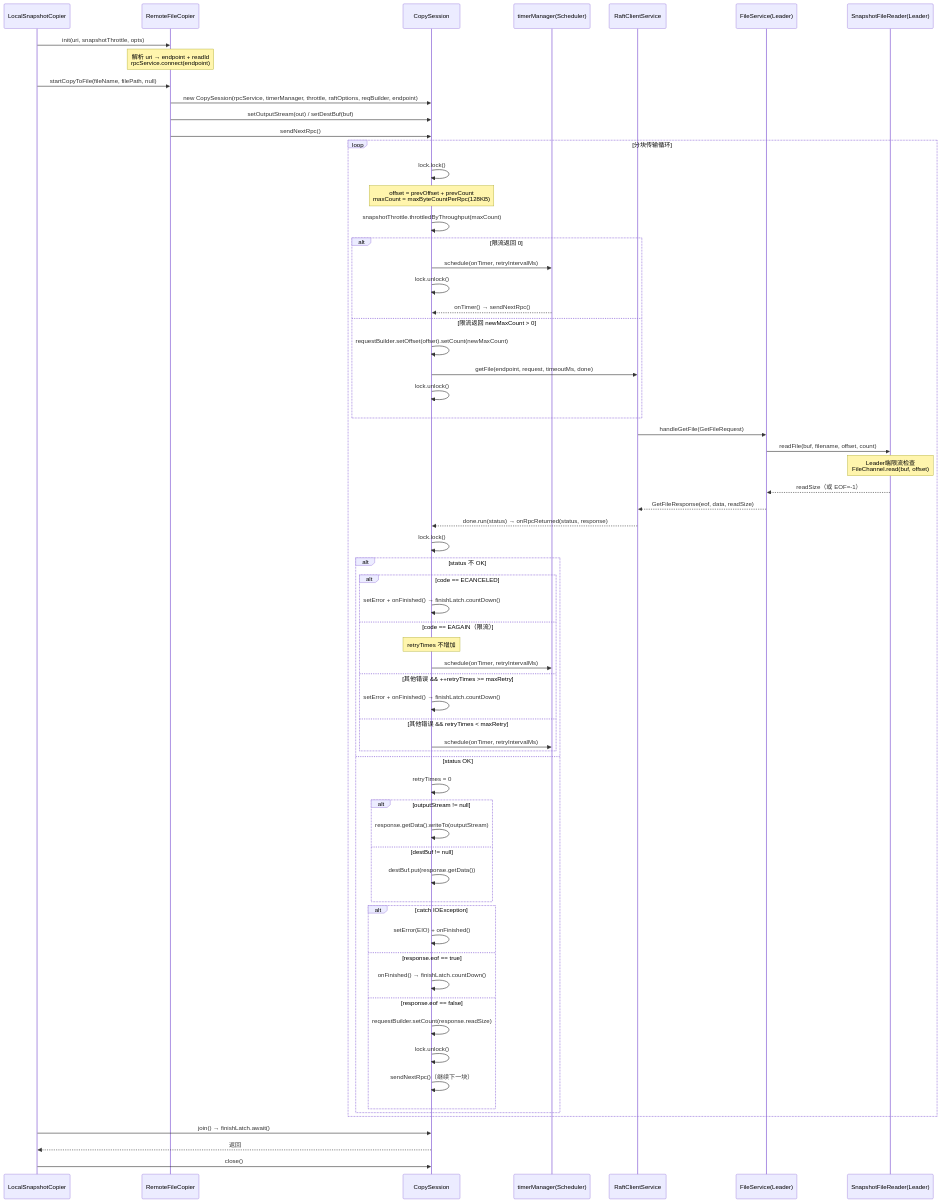
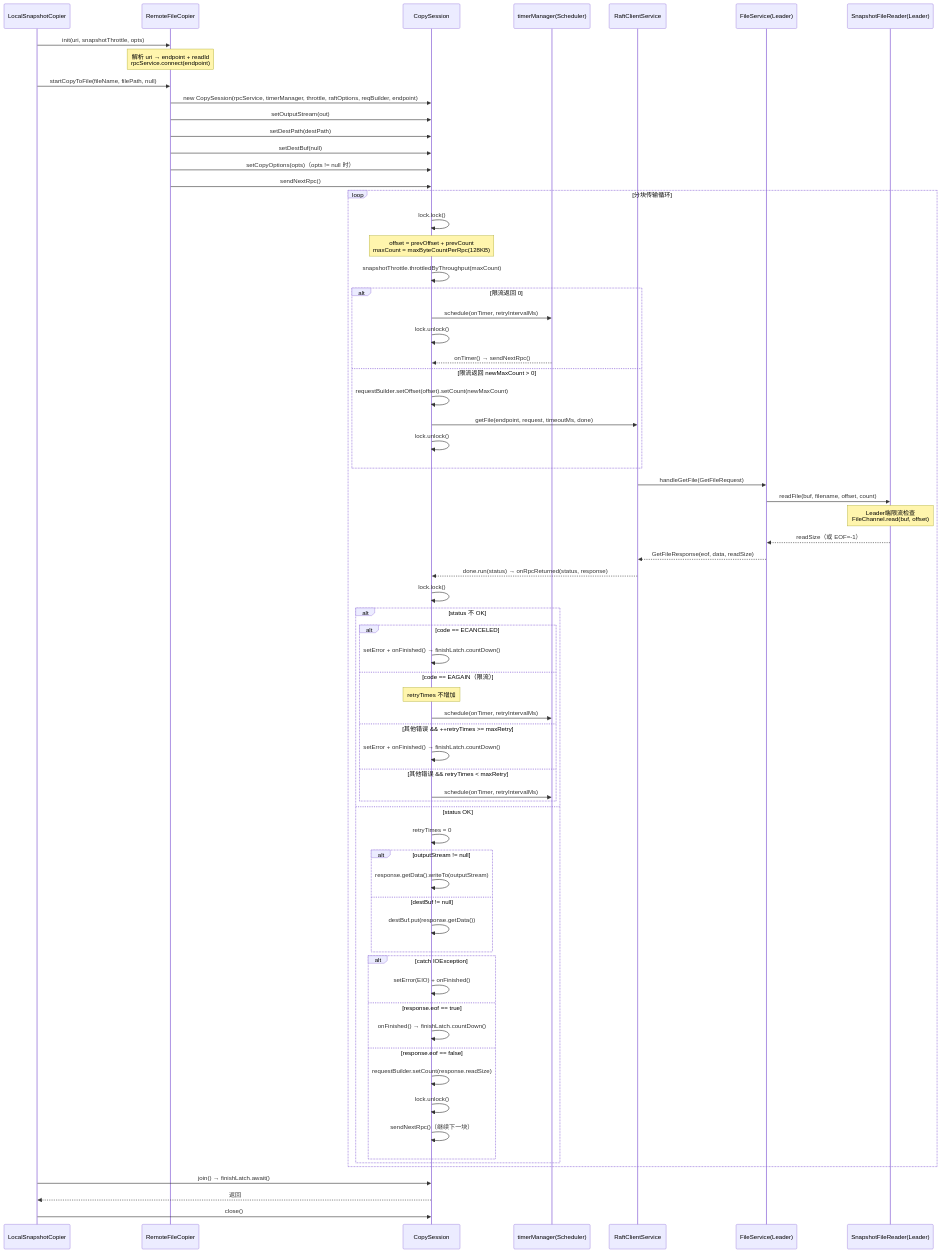
The second of 2 diagrams in learn-md/06-snapshot/S10-Remote-File-Copier.md (LoveEleve/JRAFT-1.3.12), drawn with Mermaid before and after one commit. The commit also changed other lines of this file, not shown here.

Commit message:
S10 Re-Check Round2：修正17处错误（遗漏方法分析、分支描述不准确、时序图不完整）

````diff
--- a/learn-md/06-snapshot/S10-Remote-File-Copier.md
+++ b/learn-md/06-snapshot/S10-Remote-File-Copier.md
@@ -238,75 +238,78 @@
 ```mermaid
 sequenceDiagram
     participant LSC as LocalSnapshotCopier
     participant RFC as RemoteFileCopier
     participant CS as CopySession
     participant TM as timerManager(Scheduler)
     participant RPC as RaftClientService
     participant FS as FileService(Leader)
     participant SFR as SnapshotFileReader(Leader)
 
     LSC->>RFC: init(uri, snapshotThrottle, opts)
     Note over RFC: 解析 uri → endpoint + readId<br/>rpcService.connect(endpoint)
 
     LSC->>RFC: startCopyToFile(fileName, filePath, null)
     RFC->>CS: new CopySession(rpcService, timerManager, throttle, raftOptions, reqBuilder, endpoint)
-    RFC->>CS: setOutputStream(out) / setDestBuf(buf)
+    RFC->>CS: setOutputStream(out)
+    RFC->>CS: setDestPath(destPath)
+    RFC->>CS: setDestBuf(null)
+    RFC->>CS: setCopyOptions(opts)（opts != null 时）
     RFC->>CS: sendNextRpc()
 
     loop 分块传输循环
         CS->>CS: lock.lock()
         Note over CS: offset = prevOffset + prevCount<br/>maxCount = maxByteCountPerRpc(128KB)
         CS->>CS: snapshotThrottle.throttledByThroughput(maxCount)
         alt 限流返回 0
             CS->>TM: schedule(onTimer, retryIntervalMs)
             CS->>CS: lock.unlock()
             TM-->>CS: onTimer() → sendNextRpc()
         else 限流返回 newMaxCount > 0
             CS->>CS: requestBuilder.setOffset(offset).setCount(newMaxCount)
             CS->>RPC: getFile(endpoint, request, timeoutMs, done)
             CS->>CS: lock.unlock()
         end
 
         RPC->>FS: handleGetFile(GetFileRequest)
         FS->>SFR: readFile(buf, filename, offset, count)
         Note over SFR: Leader端限流检查<br/>FileChannel.read(buf, offset)
         SFR-->>FS: readSize（或 EOF=-1）
         FS-->>RPC: GetFileResponse(eof, data, readSize)
 
         RPC-->>CS: done.run(status) → onRpcReturned(status, response)
         CS->>CS: lock.lock()
 
         alt status 不 OK
             alt code == ECANCELED
                 CS->>CS: setError + onFinished() → finishLatch.countDown()
             else code == EAGAIN（限流）
                 Note over CS: retryTimes 不增加
                 CS->>TM: schedule(onTimer, retryIntervalMs)
             else 其他错误 && ++retryTimes >= maxRetry
                 CS->>CS: setError + onFinished() → finishLatch.countDown()
             else 其他错误 && retryTimes < maxRetry
                 CS->>TM: schedule(onTimer, retryIntervalMs)
             end
         else status OK
             CS->>CS: retryTimes = 0
             alt outputStream != null
                 CS->>CS: response.getData().writeTo(outputStream)
             else destBuf != null
                 CS->>CS: destBuf.put(response.getData())
             end
             alt catch IOException
                 CS->>CS: setError(EIO) + onFinished()
             else response.eof == true
                 CS->>CS: onFinished() → finishLatch.countDown()
             else response.eof == false
                 CS->>CS: requestBuilder.setCount(response.readSize)
                 CS->>CS: lock.unlock()
                 CS->>CS: sendNextRpc()（继续下一块）
             end
         end
     end
 
     LSC->>CS: join() → finishLatch.await()
     CS-->>LSC: 返回
     LSC->>CS: close()
 ```
````
